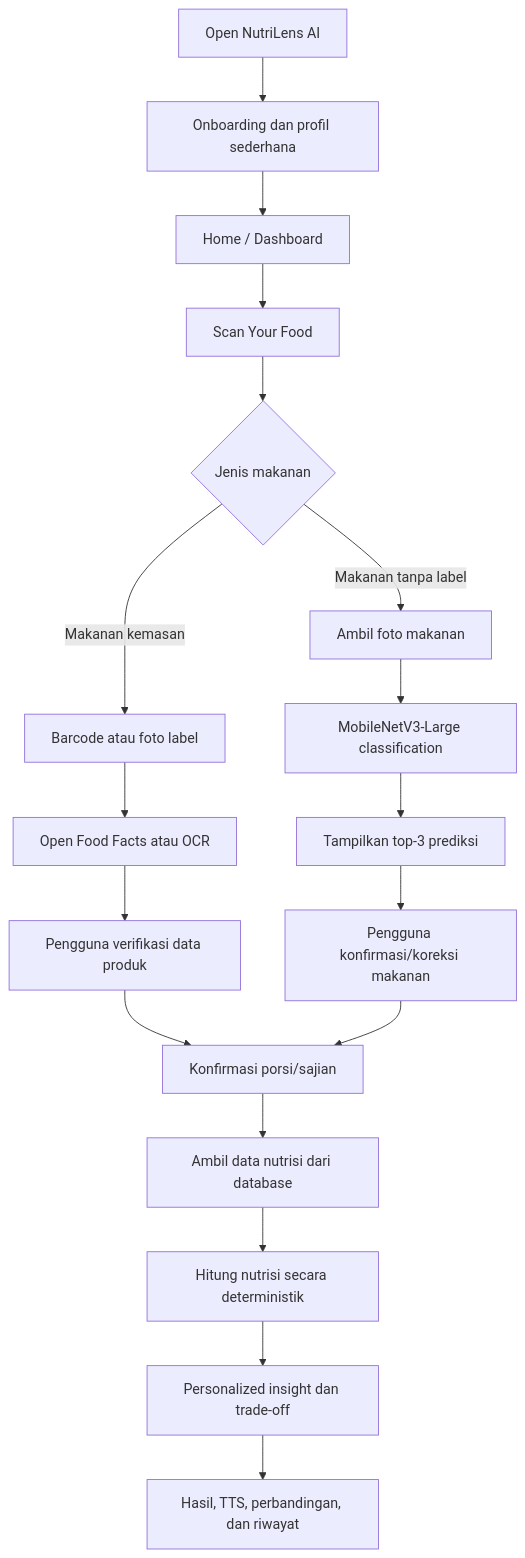
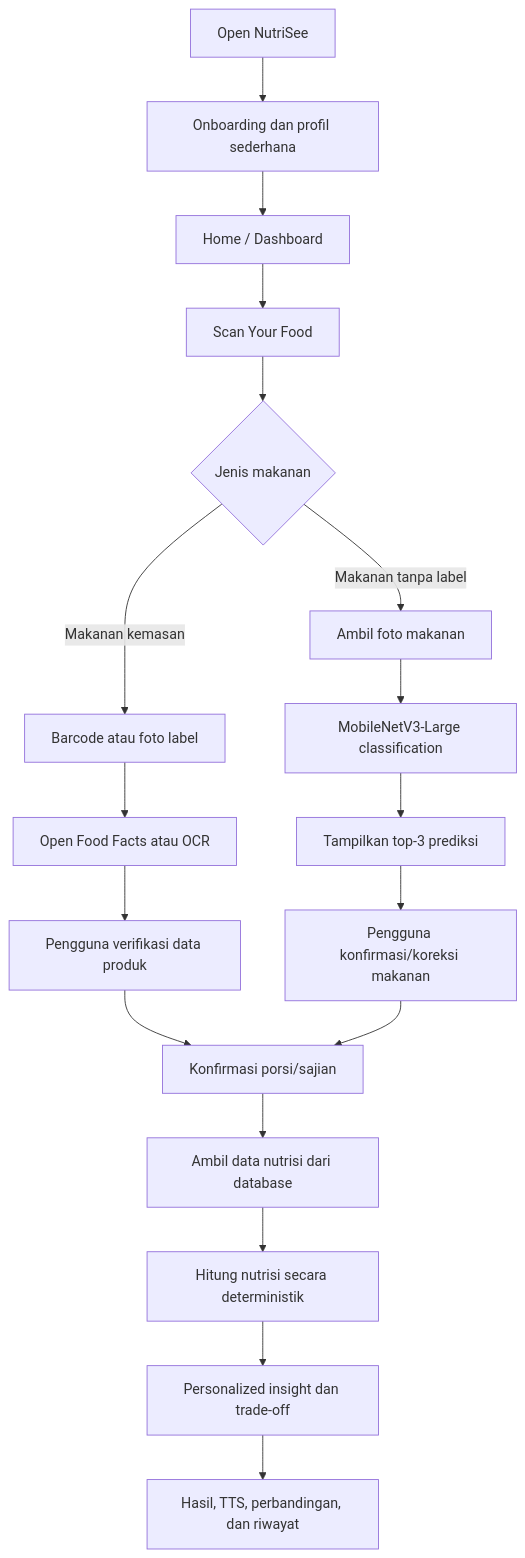
One commit to manndev-af/firetech-hackathon changed the first of 2 diagrams in docs/SUMMARY.md. Above: the diagram before and after it, drawn with Mermaid. The commit also changed other lines of this file and 13 other files, not shown here.

Commit message:
docs: rename application to NutriSee and refresh project guides

````diff
--- a/docs/SUMMARY.md
+++ b/docs/SUMMARY.md
@@ -142,20 +142,20 @@
 ```mermaid
 flowchart TD
-    A[Open NutriLens AI] --> B[Onboarding dan profil sederhana]
+    A[Open NutriSee] --> B[Onboarding dan profil sederhana]
     B --> C[Home / Dashboard]
     C --> D[Scan Your Food]
     D --> E{Jenis makanan}
     E -->|Makanan kemasan| F[Barcode atau foto label]
     E -->|Makanan tanpa label| G[Ambil foto makanan]
     F --> H[Open Food Facts atau OCR]
     H --> I[Pengguna verifikasi data produk]
     G --> J[MobileNetV3-Large classification]
     J --> K[Tampilkan top-3 prediksi]
     K --> L[Pengguna konfirmasi/koreksi makanan]
     I --> M[Konfirmasi porsi/sajian]
     L --> M
     M --> N[Ambil data nutrisi dari database]
     N --> O[Hitung nutrisi secara deterministik]
     O --> P[Personalized insight dan trade-off]
     P --> Q[Hasil, TTS, perbandingan, dan riwayat]
 ```
````
